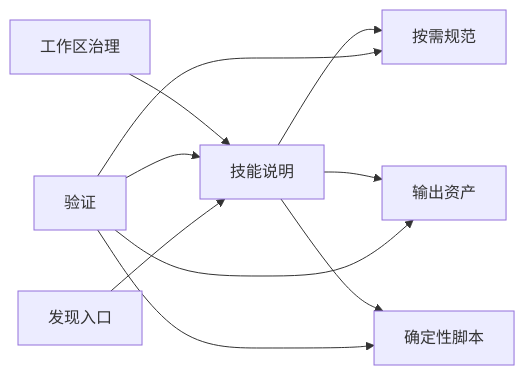
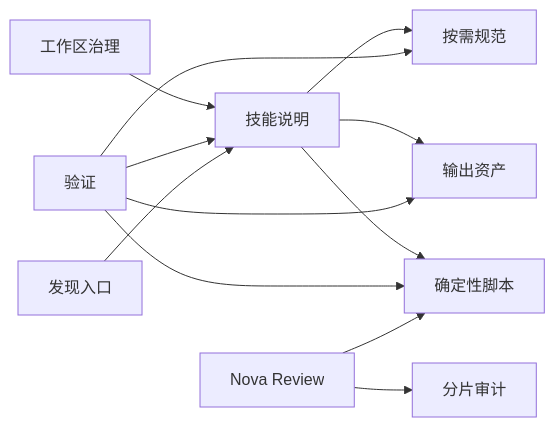
The diagram in PROJECT_BLUEPRINT.md (Kabulaka/nova-forge), drawn with Mermaid before and after one commit. The commit also changed other lines of this file and 31 other files, not shown here.

First line of the commit message:
feat(nova): separate development and manual review

````diff
--- a/PROJECT_BLUEPRINT.md
+++ b/PROJECT_BLUEPRINT.md
@@ -57,12 +62,14 @@
 ```mermaid
 flowchart LR
     Governance[工作区治理] --> Instructions[技能说明]
     Instructions --> References[按需规范]
     Instructions --> Assets[输出资产]
     Instructions --> Scripts[确定性脚本]
     Validation[验证] --> Instructions
     Validation --> References
     Validation --> Assets
     Validation --> Scripts
     Discovery[发现入口] --> Instructions
+    Review[Nova Review] --> Scripts
+    Review --> Audit[分片审计]
 ```
````
